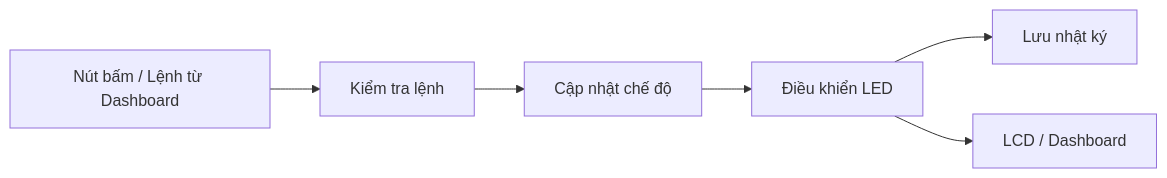
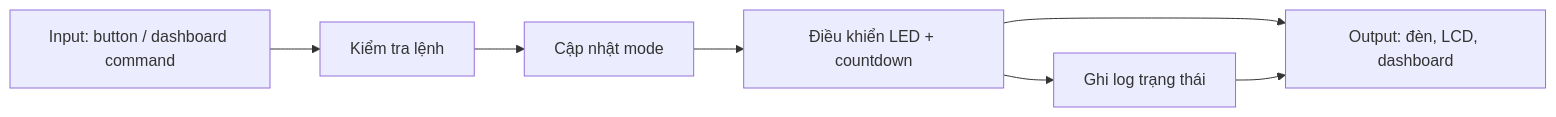
One commit to xuanhai0913/iot-traffic-light-wokwi changed the seventh of 7 diagrams in 09_so_do_thiet_ke.md. Above: the diagram before and after it, drawn with Mermaid. The commit also changed other lines of this file, not shown here.

````diff
--- a/09_so_do_thiet_ke.md
+++ b/09_so_do_thiet_ke.md
@@ -534,28 +264,16 @@
 ```mermaid
 flowchart LR
+    Input["Input: button / dashboard command"]
+    Validate["Kiểm tra lệnh"]
+    Mode["Cập nhật mode"]
+    Control["Điều khiển LED + countdown"]
+    Log["Ghi log trạng thái"]
+    Output["Output: đèn, LCD, dashboard"]
 
-Input["Nút bấm / Lệnh từ Dashboard"]
-
-KiemTra["Kiểm tra lệnh"]
-
-CheDo["Cập nhật chế độ"]
-
-DieuKhien["Điều khiển LED"]
-
-LuuLog["Lưu nhật ký"]
-
-Output["LCD / Dashboard"]
-
-
-Input --> KiemTra
-
-KiemTra --> CheDo
-
-CheDo --> DieuKhien
-
-DieuKhien --> LuuLog
-
-DieuKhien --> Output
-
-
+    Input --> Validate
+    Validate --> Mode
+    Mode --> Control
+    Control --> Log
+    Control --> Output
+    Log --> Output
 ```
````
